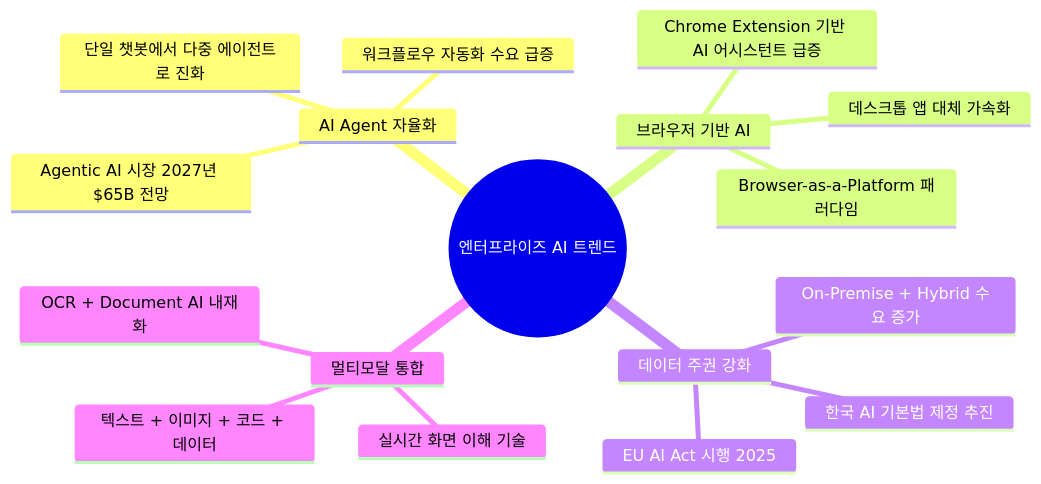
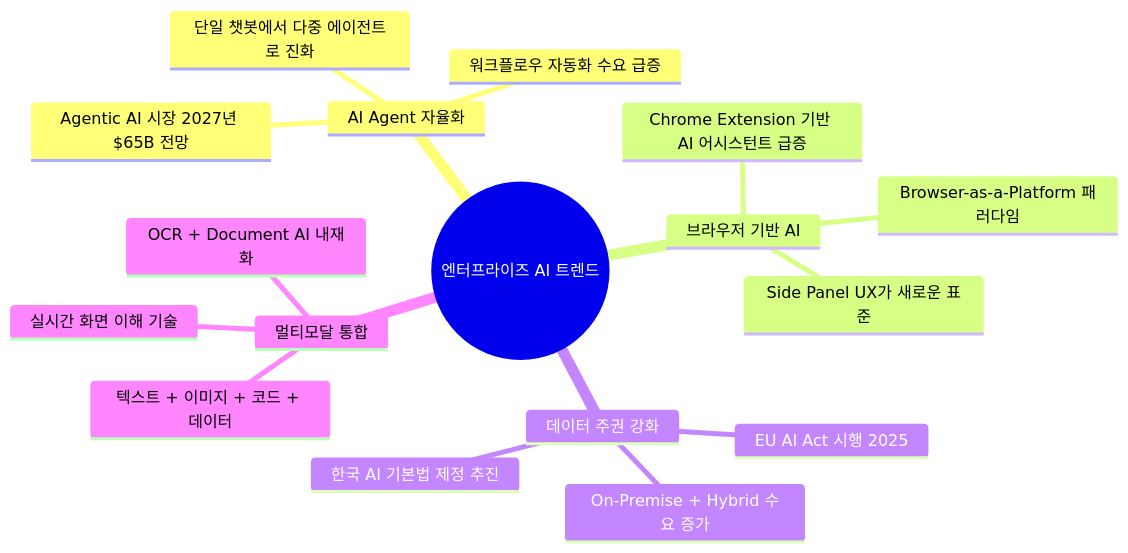
One commit to sgtlim0/sgtlim0.github.io changed the second of 10 diagrams in docs/SERVICE_PLAN_01_OVERVIEW.md. Above: the diagram before and after it, drawn with Mermaid. The commit also changed other lines of this file and 3 other files, not shown here.

````diff
--- a/docs/SERVICE_PLAN_01_OVERVIEW.md
+++ b/docs/SERVICE_PLAN_01_OVERVIEW.md
@@ -70,20 +104,20 @@
 ```mermaid
 mindmap
   root((엔터프라이즈 AI 트렌드))
     AI Agent 자율화
       단일 챗봇에서 다중 에이전트로 진화
       워크플로우 자동화 수요 급증
       Agentic AI 시장 2027년 $65B 전망
     브라우저 기반 AI
       Chrome Extension 기반 AI 어시스턴트 급증
       Browser-as-a-Platform 패러다임
-      데스크톱 앱 대체 가속화
+      Side Panel UX가 새로운 표준
     데이터 주권 강화
       EU AI Act 시행 2025
       한국 AI 기본법 제정 추진
       On-Premise + Hybrid 수요 증가
     멀티모달 통합
       텍스트 + 이미지 + 코드 + 데이터
       실시간 화면 이해 기술
       OCR + Document AI 내재화
 ```
````
